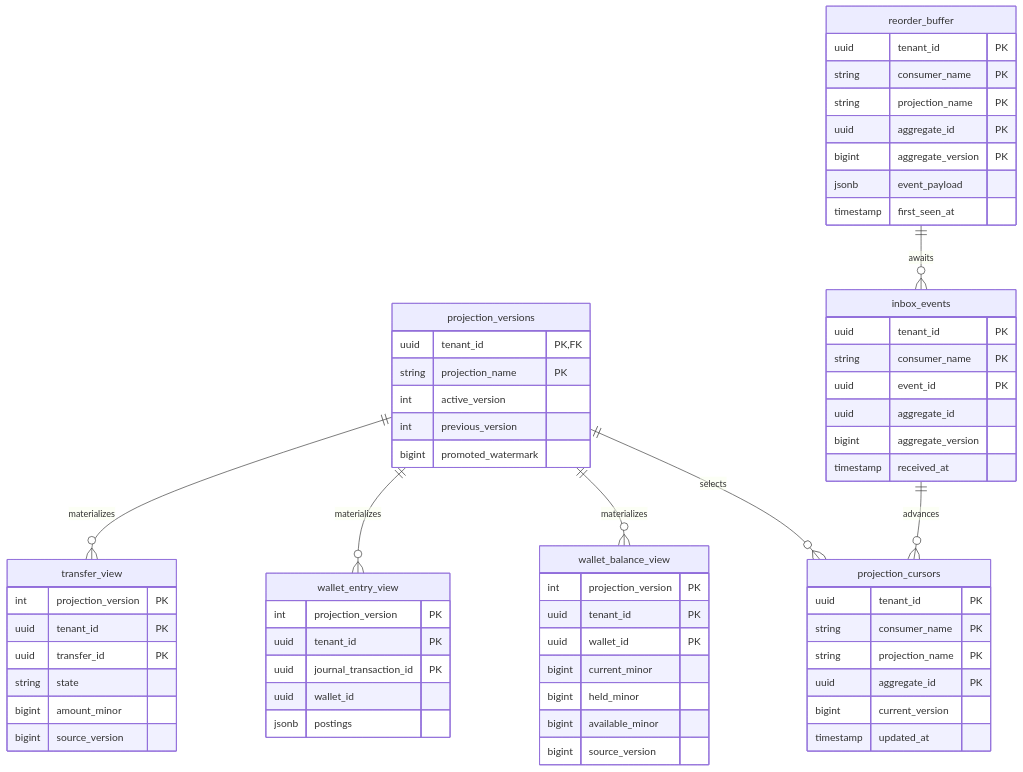
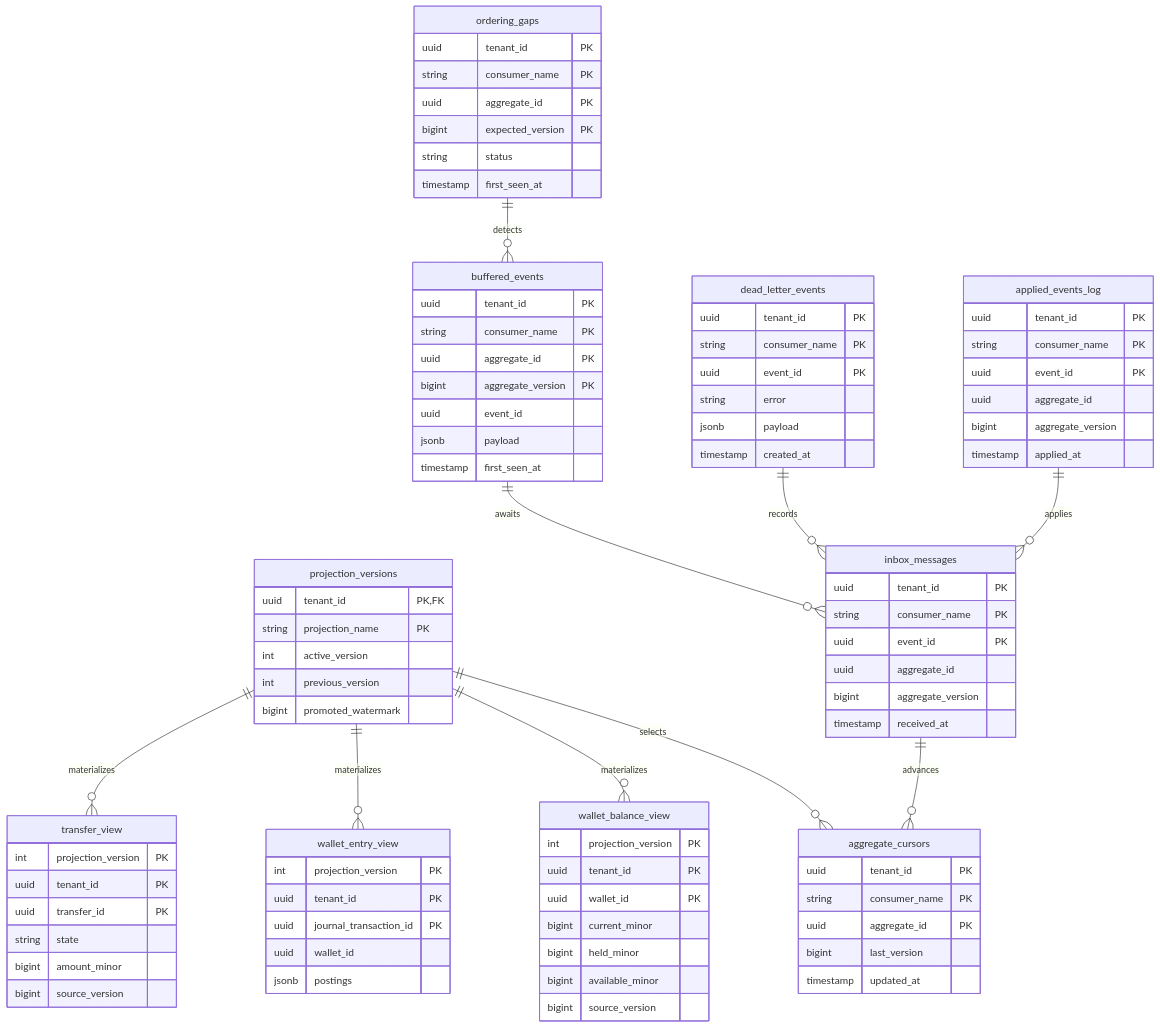
One commit to prajexec/Wallet changed the fourth of 4 diagrams in docs/data-model.md. Above: the diagram before and after it, drawn with Mermaid. The commit also changed other lines of this file and 6 other files, not shown here.

````diff
--- a/docs/data-model.md
+++ b/docs/data-model.md
@@ -183,11 +185,14 @@
 ```mermaid
 erDiagram
-    projection_versions ||--o{ projection_cursors : selects
+    projection_versions ||--o{ aggregate_cursors : selects
     projection_versions ||--o{ wallet_balance_view : materializes
     projection_versions ||--o{ wallet_entry_view : materializes
     projection_versions ||--o{ transfer_view : materializes
-    inbox_events ||--o{ projection_cursors : advances
-    reorder_buffer ||--o{ inbox_events : awaits
+    inbox_messages ||--o{ aggregate_cursors : advances
+    buffered_events ||--o{ inbox_messages : awaits
+    ordering_gaps ||--o{ buffered_events : detects
+    dead_letter_events ||--o{ inbox_messages : records
+    applied_events_log ||--o{ inbox_messages : applies
 
     projection_versions {
         uuid tenant_id PK,FK
@@ -196,15 +201,7 @@
         int previous_version
         bigint promoted_watermark
     }
-    projection_cursors {
-        uuid tenant_id PK
-        string consumer_name PK
-        string projection_name PK
-        uuid aggregate_id PK
-        bigint current_version
-        timestamp updated_at
-    }
-    inbox_events {
+    inbox_messages {
         uuid tenant_id PK
         string consumer_name PK
         uuid event_id PK
@@ -212,14 +209,45 @@
         bigint aggregate_version
         timestamp received_at
     }
-    reorder_buffer {
+    aggregate_cursors {
         uuid tenant_id PK
         string consumer_name PK
-        string projection_name PK
+        uuid aggregate_id PK
+        bigint last_version
+        timestamp updated_at
+    }
+    buffered_events {
+        uuid tenant_id PK
+        string consumer_name PK
         uuid aggregate_id PK
         bigint aggregate_version PK
-        jsonb event_payload
+        uuid event_id
+        jsonb payload
         timestamp first_seen_at
+    }
+    ordering_gaps {
+        uuid tenant_id PK
+        string consumer_name PK
+        uuid aggregate_id PK
+        bigint expected_version PK
+        string status
+        timestamp first_seen_at
+    }
+    dead_letter_events {
+        uuid tenant_id PK
+        string consumer_name PK
+        uuid event_id PK
+        string error
+        jsonb payload
+        timestamp created_at
+    }
+    applied_events_log {
+        uuid tenant_id PK
+        string consumer_name PK
+        uuid event_id PK
+        uuid aggregate_id
+        bigint aggregate_version
+        timestamp applied_at
     }
     wallet_balance_view {
         int projection_version PK
````
